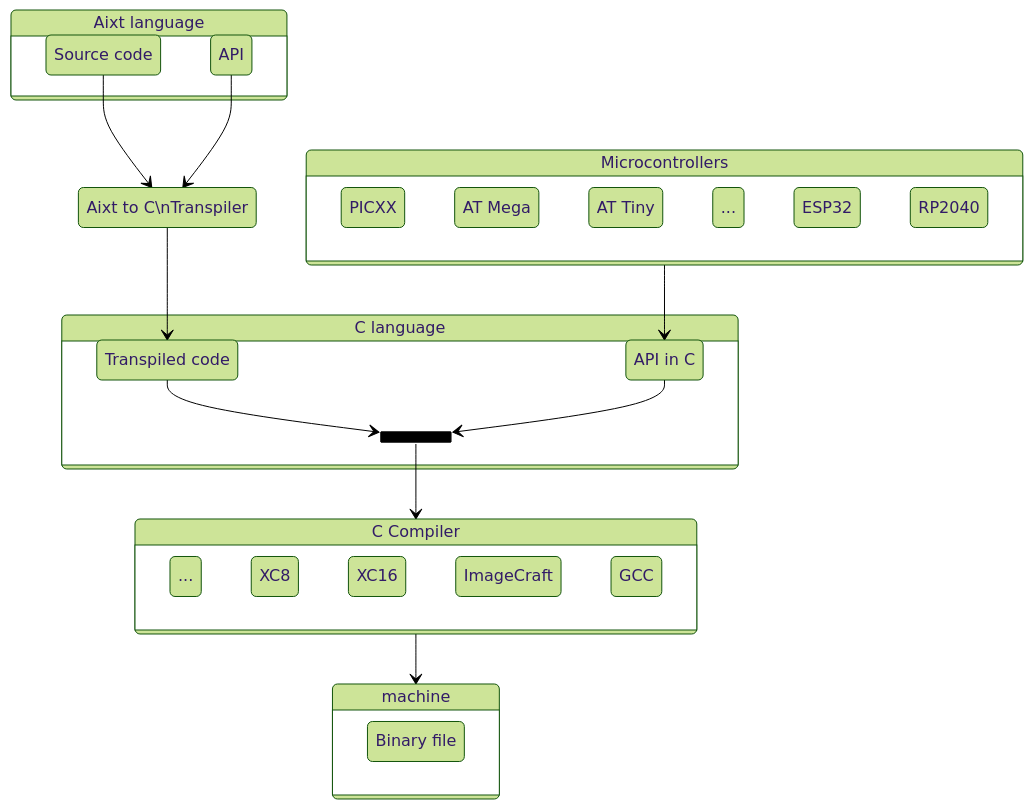
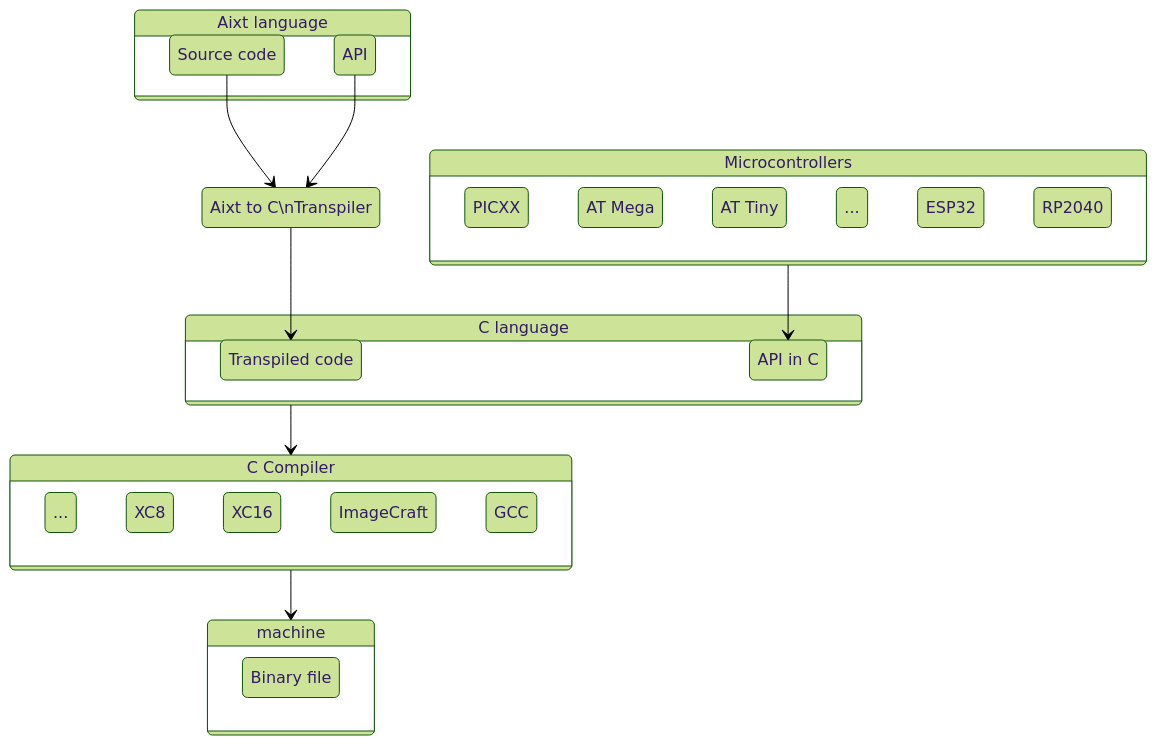
Before and after one commit to fermarsan/aixt: the diagram in README.md, drawn with Mermaid (forest theme).

Commit message:
README.md diagram update

````diff
--- a/README.md
+++ b/README.md
@@ -9,54 +9,51 @@
 ```mermaid
 stateDiagram-v2
 
     Aixt: Aixt language
     state Aixt {
         source: Source code
         API
     }
 
     Aixt2C: Aixt to C\nTranspiler
 
     C: C language
     state C {
-        state join_C <<fork>>
         Tr_Code: Transpiled code
         API_C: API in C
-        Tr_Code --> join_C
-        API_C --> join_C
     }
 
     state Microcontrollers {
         PICs: PICXX
         ATM: AT Mega
         ATT: AT Tiny
         others2: ...
         ESP32
         RP2040
     }
 
     C_Compiler: C Compiler
     state C_Compiler {
         others: ...
         XC8  
         XC16 
         ImageCraft  
         others 
         GCC 
     }
     
     machine
     state machine {
         BF: Binary file
     }
     
     source  --> Aixt2C
     API     --> Aixt2C 
     Aixt2C  --> Tr_Code
 
-    join_C     --> C_Compiler
+    C     --> C_Compiler
 
     C_Compiler  --> machine
 
     Microcontrollers --> API_C
 ```
````
